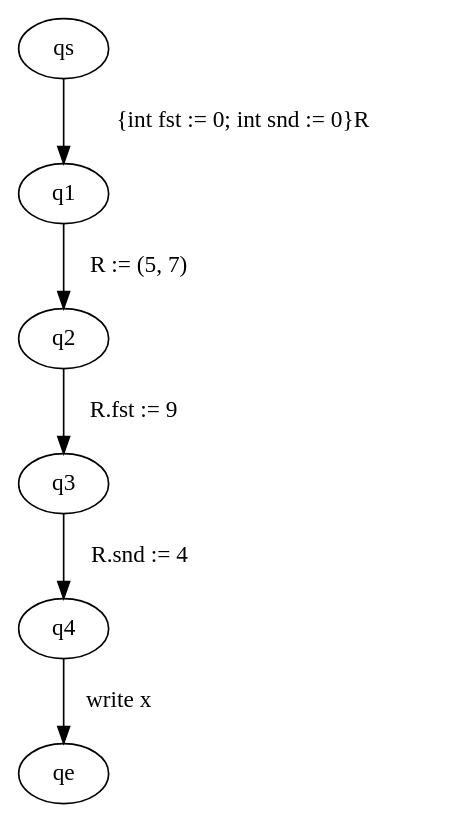
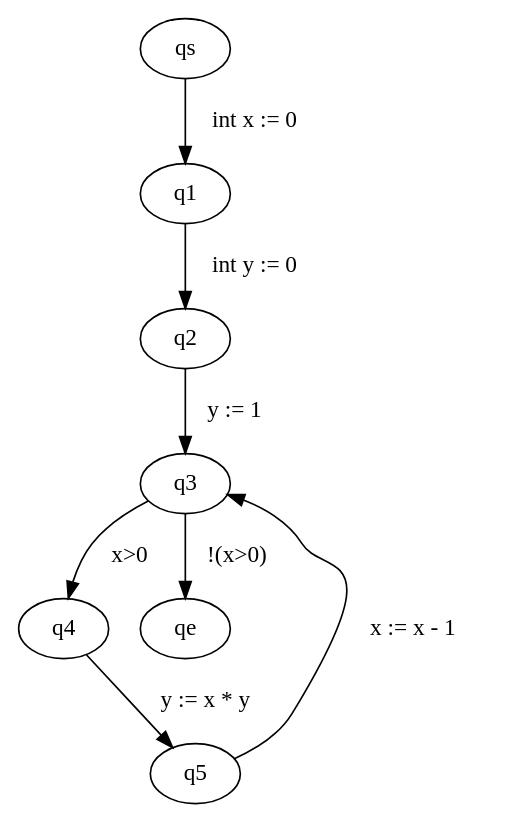
One commit to FloKes/ProgramAnalysis changed the diagram in src/main/java/graphviz/input.dot. Above: the diagram before and after it, drawn with Graphviz. The commit also changed 14 other files, not shown here.

```diff
--- a/src/main/java/graphviz/input.dot
+++ b/src/main/java/graphviz/input.dot
@@ -1,7 +1,9 @@
 digraph ProgramGraph{
-"qs" -> "q1" [label="  {int fst := 0; int snd := 0}R   "] 
-"q1" -> "q2" [label="  R := (5, 7)   "] 
-"q2" -> "q3" [label="  R.fst := 9   "] 
-"q3" -> "q4" [label="  R.snd := 4   "] 
-"q4" -> "qe" [label="  write x   "] 
+"qs" -> "q1" [label="  int x := 0   "] 
+"q1" -> "q2" [label="  int y := 0   "] 
+"q2" -> "q3" [label="  y := 1   "] 
+"q3" -> "q4" [label="  x>0   "] 
+"q3" -> "qe" [label="  !(x>0)   "] 
+"q4" -> "q5" [label="  y := x * y   "] 
+"q5" -> "q3" [label="  x := x - 1   "] 
 }
```
